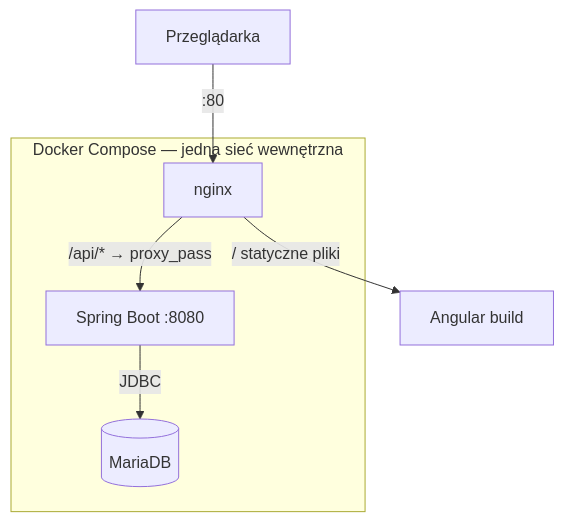
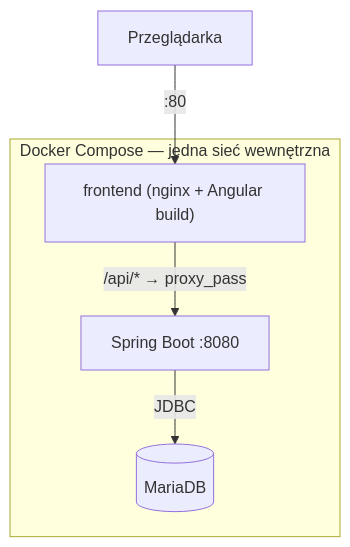
Before and after one commit to Jaro29/book-library-api: the diagram in README.md, drawn with Mermaid. The commit also changed other lines of this file and 2 other files, not shown here.

Commit message:
Update docs: mark CORS/HTTPS/deployment done, fix architecture diagram, plan next steps (#36)

````diff
--- a/README.md
+++ b/README.md
@@ -25,13 +26,12 @@
 ```mermaid
 flowchart TD
-    User[Przeglądarka] -->|":80"| Nginx[nginx]
-    Nginx -->|"/ statyczne pliki"| Static[Angular build]
+    User[Przeglądarka] -->|":80"| Nginx["frontend (nginx + Angular build)"]
     Nginx -->|"/api/* → proxy_pass"| Backend[Spring Boot :8080]
     Backend -->|JDBC| DB[(MariaDB)]
 
     subgraph "Docker Compose — jedna sieć wewnętrzna"
         Nginx
         Backend
         DB
     end
 ```
````
